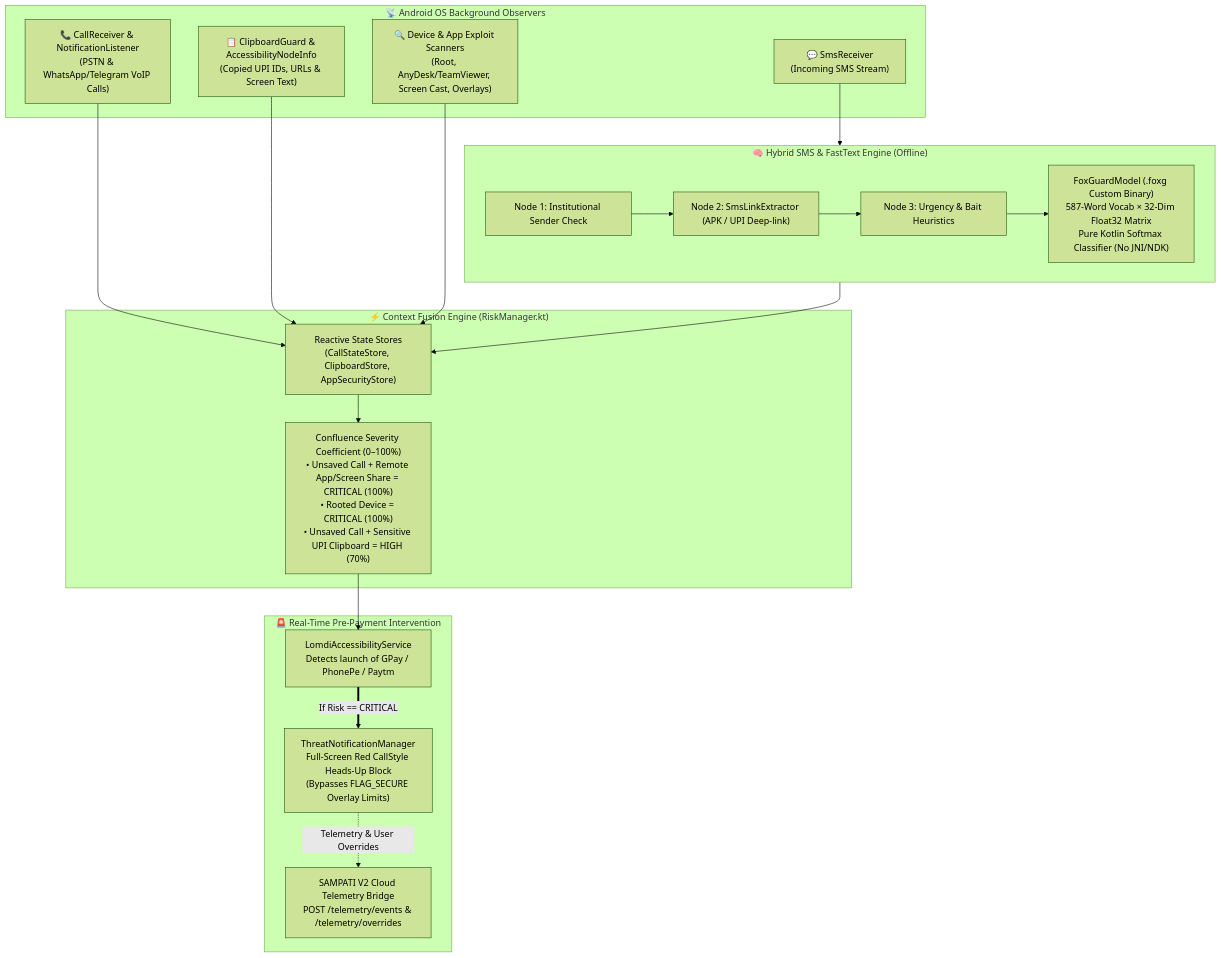
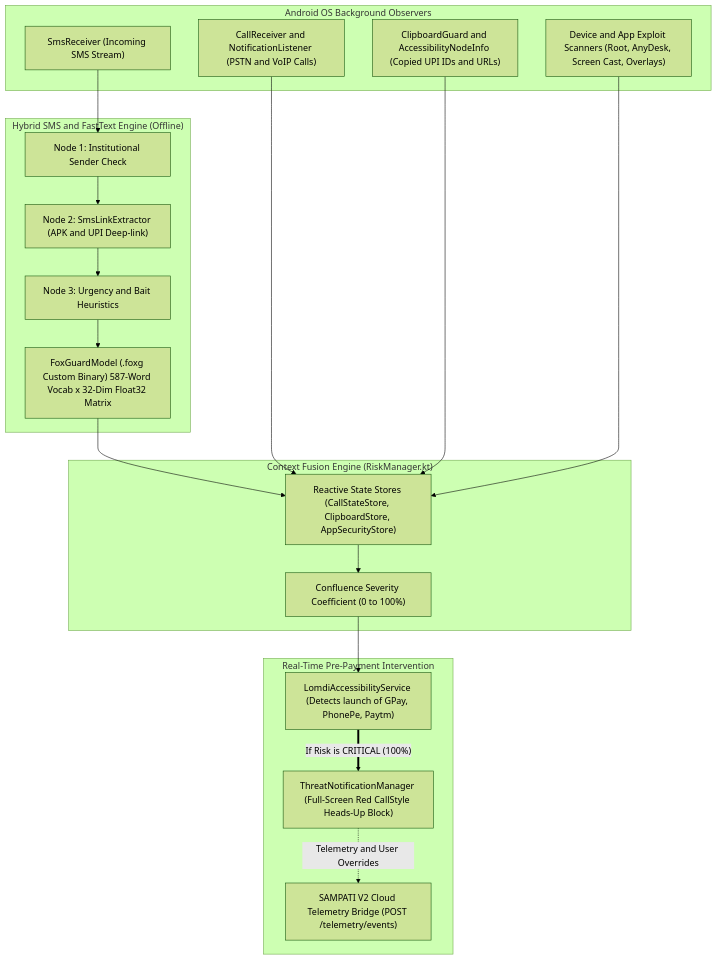
The fourth of 4 diagrams in README.md (404Avinash/SAMPATI_V2), drawn with Mermaid (forest theme) before and after one commit. The commit also changed other lines of this file, not shown here.

Commit message:
fix(readme): fix mermaid flowchart syntax for github parser compatibility

````diff
--- a/README.md
+++ b/README.md
@@ -256,35 +263,40 @@
 ```mermaid
 flowchart TD
-    subgraph Sensors["📡 Android OS Background Observers"]
-        S_CALL["📞 CallReceiver & NotificationListener<br/>(PSTN & WhatsApp/Telegram VoIP Calls)"]
-        S_SMS["💬 SmsReceiver<br/>(Incoming SMS Stream)"]
-        S_CLIP["📋 ClipboardGuard & AccessibilityNodeInfo<br/>(Copied UPI IDs, URLs & Screen Text)"]
-        S_ENV["🔍 Device & App Exploit Scanners<br/>(Root, AnyDesk/TeamViewer, Screen Cast, Overlays)"]
+    subgraph Sensors["Android OS Background Observers"]
+        S_CALL["CallReceiver and NotificationListener (PSTN and VoIP Calls)"]
+        S_SMS["SmsReceiver (Incoming SMS Stream)"]
+        S_CLIP["ClipboardGuard and AccessibilityNodeInfo (Copied UPI IDs and URLs)"]
+        S_ENV["Device and App Exploit Scanners (Root, AnyDesk, Screen Cast, Overlays)"]
     end
 
-    subgraph EdgeML["🧠 Hybrid SMS & FastText Engine (Offline)"]
+    subgraph EdgeML["Hybrid SMS and FastText Engine (Offline)"]
         N1["Node 1: Institutional Sender Check"]
-        N2["Node 2: SmsLinkExtractor (APK / UPI Deep-link)"]
-        N3["Node 3: Urgency & Bait Heuristics"]
-        FT["FoxGuardModel (.foxg Custom Binary)<br/>587-Word Vocab × 32-Dim Float32 Matrix<br/>Pure Kotlin Softmax Classifier (No JNI/NDK)"]
-        N1 --> N2 --> N3 --> FT
+        N2["Node 2: SmsLinkExtractor (APK and UPI Deep-link)"]
+        N3["Node 3: Urgency and Bait Heuristics"]
+        FT["FoxGuardModel (.foxg Custom Binary) 587-Word Vocab x 32-Dim Float32 Matrix"]
+        N1 --> N2
+        N2 --> N3
+        N3 --> FT
     end
 
-    subgraph Brain["⚡ Context Fusion Engine (RiskManager.kt)"]
-        STORES["Reactive State Stores<br/>(CallStateStore, ClipboardStore, AppSecurityStore)"]
-        FUSION["Confluence Severity Coefficient (0–100%)<br/>• Unsaved Call + Remote App/Screen Share = CRITICAL (100%)<br/>• Rooted Device = CRITICAL (100%)<br/>• Unsaved Call + Sensitive UPI Clipboard = HIGH (70%)"]
+    subgraph Brain["Context Fusion Engine (RiskManager.kt)"]
+        STORES["Reactive State Stores (CallStateStore, ClipboardStore, AppSecurityStore)"]
+        FUSION["Confluence Severity Coefficient (0 to 100%)"]
         STORES --> FUSION
     end
 
-    subgraph Action["🚨 Real-Time Pre-Payment Intervention"]
-        ACC["LomdiAccessibilityService<br/>Detects launch of GPay / PhonePe / Paytm"]
-        ALERT["ThreatNotificationManager<br/>Full-Screen Red CallStyle Heads-Up Block<br/>(Bypasses FLAG_SECURE Overlay Limits)"]
-        SYNC["SAMPATI V2 Cloud Telemetry Bridge<br/>POST /telemetry/events & /telemetry/overrides"]
+    subgraph Action["Real-Time Pre-Payment Intervention"]
+        ACC["LomdiAccessibilityService (Detects launch of GPay, PhonePe, Paytm)"]
+        ALERT["ThreatNotificationManager (Full-Screen Red CallStyle Heads-Up Block)"]
+        SYNC["SAMPATI V2 Cloud Telemetry Bridge (POST /telemetry/events)"]
     end
 
-    S_SMS --> EdgeML --> STORES
-    S_CALL & S_CLIP & S_ENV --> STORES
+    S_SMS --> N1
+    FT --> STORES
+    S_CALL --> STORES
+    S_CLIP --> STORES
+    S_ENV --> STORES
     FUSION --> ACC
-    ACC ==>|"If Risk == CRITICAL"| ALERT
-    ALERT -.->|"Telemetry & User Overrides"| SYNC
+    ACC ==>|"If Risk is CRITICAL (100%)"| ALERT
+    ALERT -.->|"Telemetry and User Overrides"| SYNC
 ```
````
